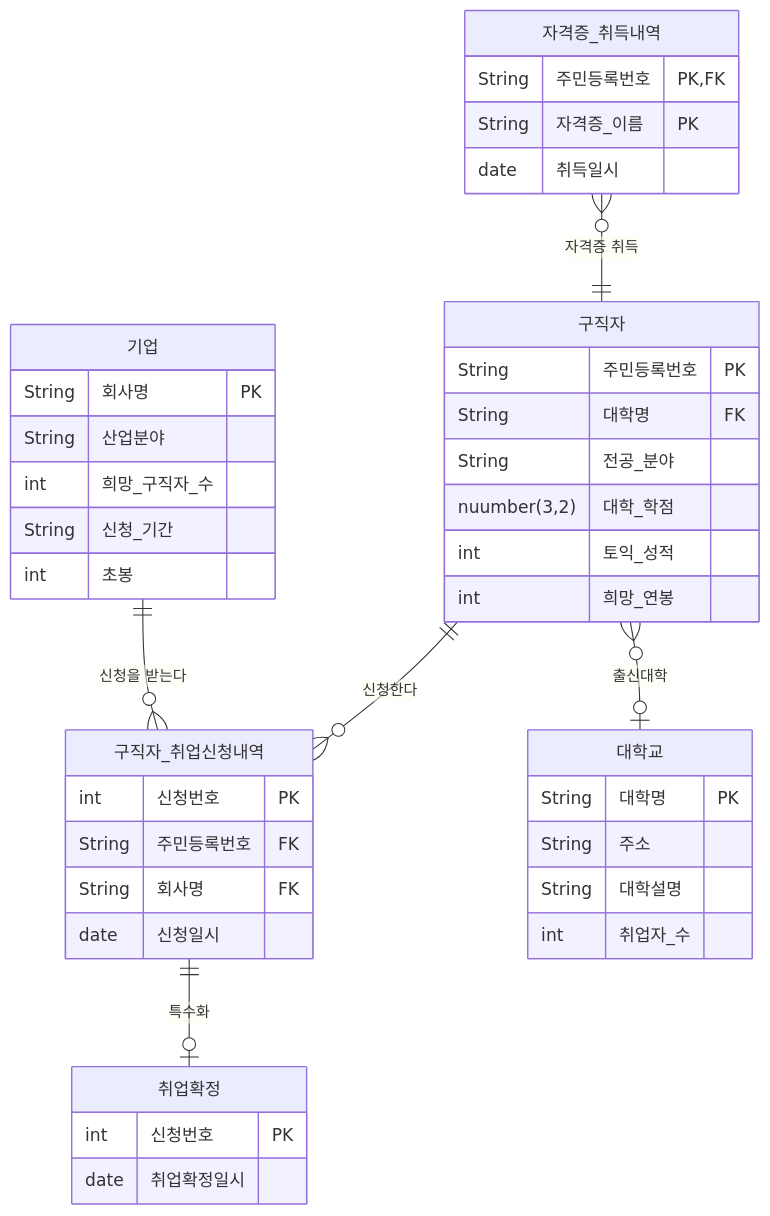
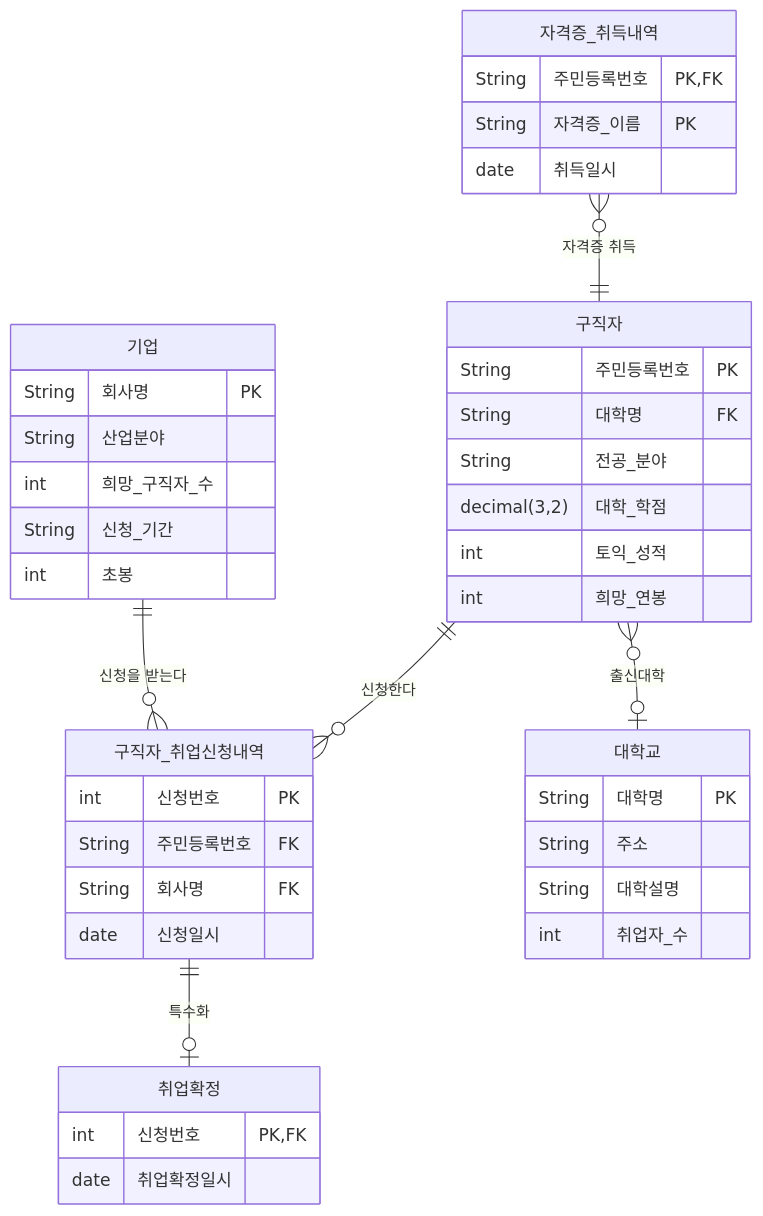
The diagram in README.md (zerojun040329-eng/test-260401), drawn with Mermaid before and after one commit.

````diff
--- a/README.md
+++ b/README.md
@@ -1,46 +1,46 @@
 ```mermaid
 erDiagram
   기업 {
     String 회사명 PK
     String 산업분야
     int 희망_구직자_수 
     String 신청_기간
     int 초봉
   }
   구직자 {
     String 주민등록번호 PK
     String 대학명 FK
     String 전공_분야
-    nuumber(3,2) 대학_학점
+    decimal(3,2) 대학_학점
     int 토익_성적
     int 희망_연봉
   }
   자격증_취득내역 {
     String 주민등록번호 PK, FK
     String 자격증_이름 PK
     date 취득일시
   }
   구직자_취업신청내역 {
     int 신청번호 PK
     String 주민등록번호 FK
     String 회사명 FK
     date 신청일시
   }
   취업확정 {
-    int 신청번호 PK
+    int 신청번호 PK, FK
     date 취업확정일시
   }
   대학교 {
     String 대학명 PK
     String 주소
     String 대학설명
     int 취업자_수
   }
 
   구직자 ||--o{ 구직자_취업신청내역 : "신청한다"
   기업 ||--o{ 구직자_취업신청내역 : "신청을 받는다"
   자격증_취득내역 o{--|| 구직자 : "자격증 취득"
   구직자 o{--o| 대학교 : "출신대학"
   구직자_취업신청내역 ||--o| 취업확정 : "특수화"
   
 ```
````
